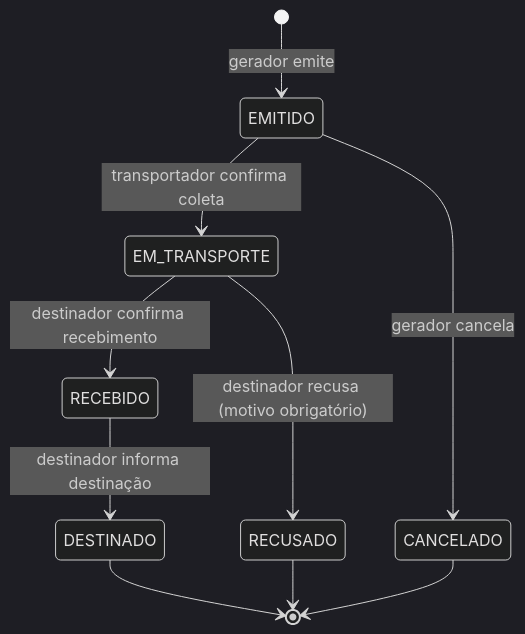
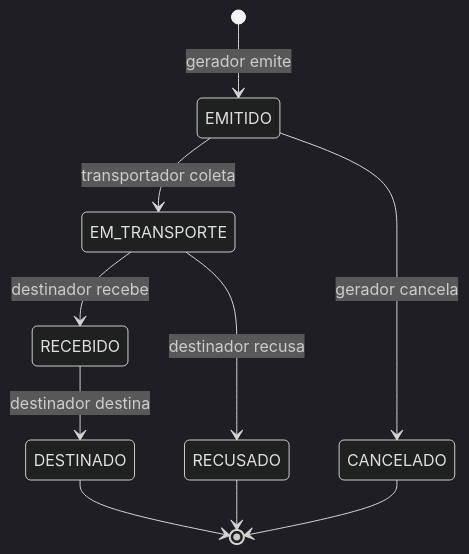
One commit to GustasSilva/residuogo changed the diagram in README.md. Above: the diagram before and after it, drawn with Mermaid (dark theme). The commit also changed other lines of this file and 23 other files, not shown here.

Commit message:
F6: diagramas, capturas de tela e extracao dos trechos de codigo para o relatorio

````diff
--- a/README.md
+++ b/README.md
@@ -69,12 +69,12 @@
 ```mermaid
 stateDiagram-v2
     [*] --> EMITIDO: gerador emite
-    EMITIDO --> EM_TRANSPORTE: transportador confirma coleta
+    EMITIDO --> EM_TRANSPORTE: transportador coleta
     EMITIDO --> CANCELADO: gerador cancela
-    EM_TRANSPORTE --> RECEBIDO: destinador confirma recebimento
-    EM_TRANSPORTE --> RECUSADO: destinador recusa (motivo obrigatório)
-    RECEBIDO --> DESTINADO: destinador informa destinação
+    EM_TRANSPORTE --> RECEBIDO: destinador recebe
+    EM_TRANSPORTE --> RECUSADO: destinador recusa
+    RECEBIDO --> DESTINADO: destinador destina
     DESTINADO --> [*]
     RECUSADO --> [*]
     CANCELADO --> [*]
 ```
````
